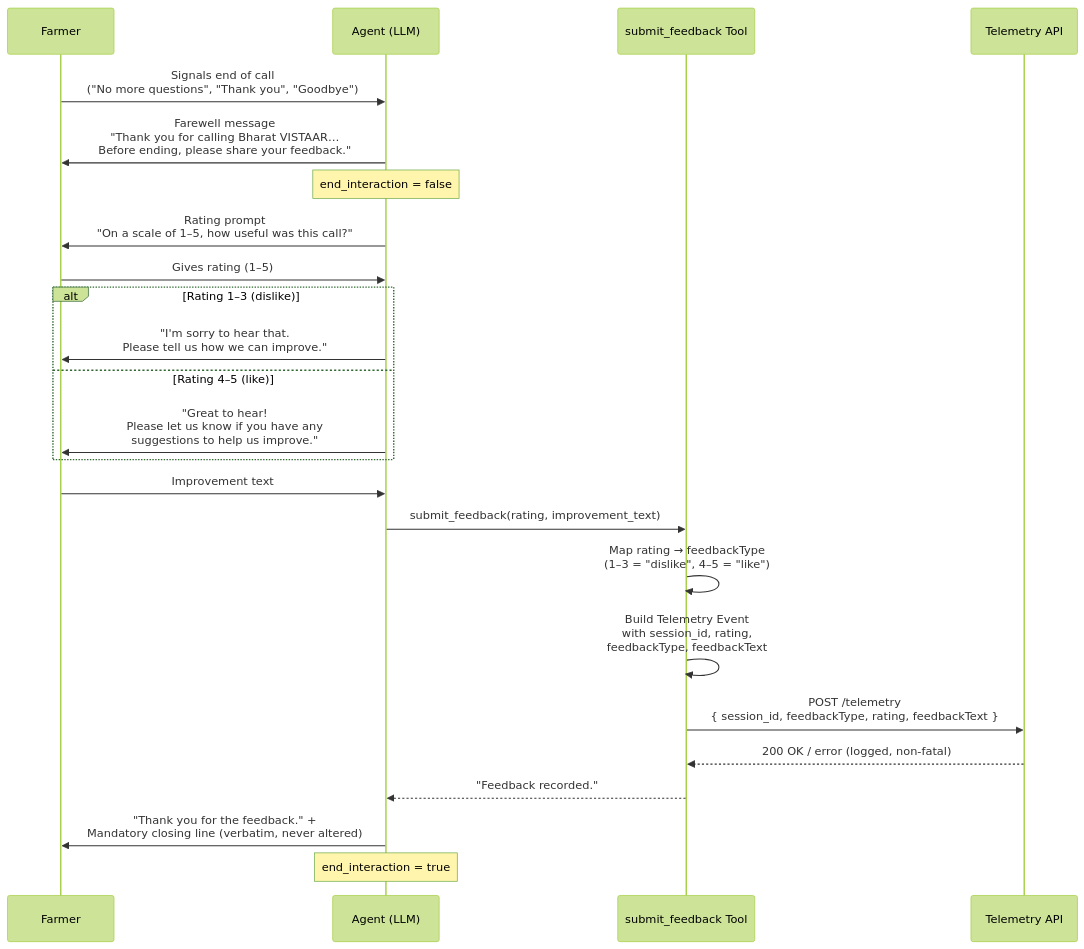
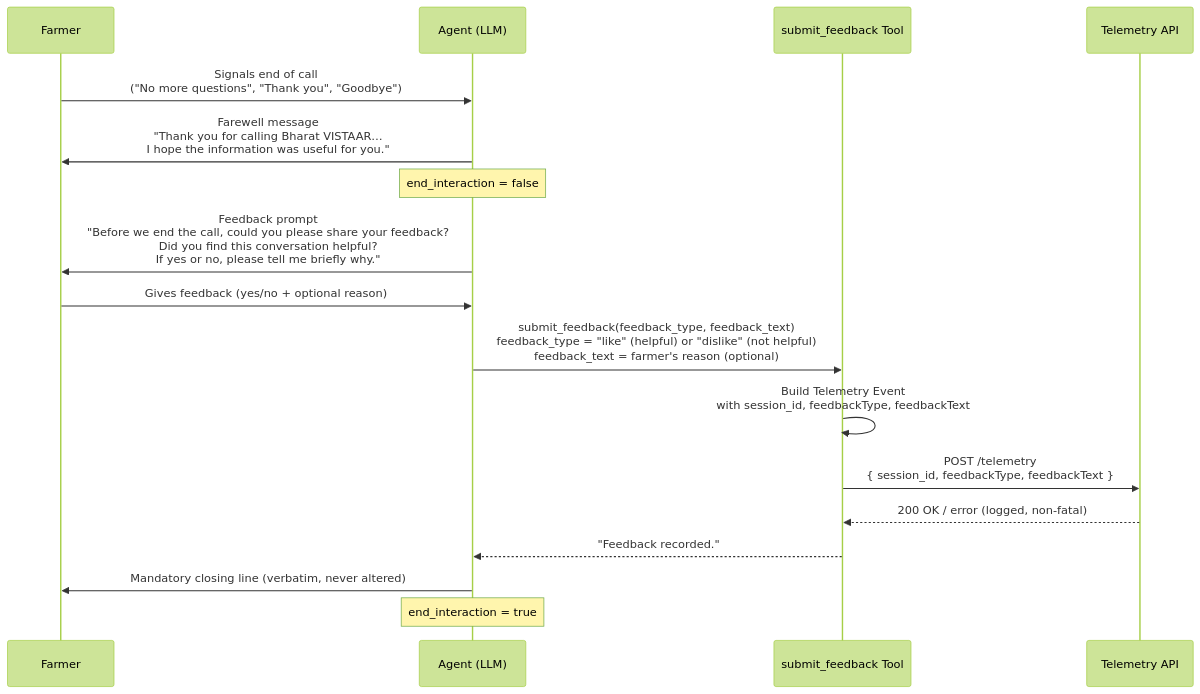
The diagram in docs/FEEDBACK_FLOW.md (OpenAgriNet/voice-oan-api), drawn with Mermaid (forest theme) before and after one commit.

Commit message:
Refactor feedback flow to replace numeric ratings with qualitative feedback prompts. Updated farewell and feedback messages for clarity, ensuring users can provide insights on call usefulness and suggestions for improvement.

````diff
--- a/docs/FEEDBACK_FLOW.md
+++ b/docs/FEEDBACK_FLOW.md
@@ -3,32 +3,23 @@
 ```mermaid
 sequenceDiagram
     participant Farmer
     participant Agent (LLM)
     participant submit_feedback Tool
     participant Telemetry API
 
     Farmer->>Agent (LLM): Signals end of call<br/>("No more questions", "Thank you", "Goodbye")
-    Agent (LLM)->>Farmer: Farewell message<br/>"Thank you for calling Bharat VISTAAR…<br/>Before ending, please share your feedback."
+    Agent (LLM)->>Farmer: Farewell message<br/>"Thank you for calling Bharat VISTAAR…<br/>I hope the information was useful for you."
     Note over Agent (LLM): end_interaction = false
 
-    Agent (LLM)->>Farmer: Rating prompt<br/>"On a scale of 1–5, how useful was this call?"
-    Farmer->>Agent (LLM): Gives rating (1–5)
+    Agent (LLM)->>Farmer: Feedback prompt<br/>"Before we end the call, could you please share your feedback?<br/>Did you find this conversation helpful?<br/>If yes or no, please tell me briefly why."
+    Farmer->>Agent (LLM): Gives feedback (yes/no + optional reason)
 
-    alt Rating 1–3 (dislike)
-        Agent (LLM)->>Farmer: "I'm sorry to hear that.<br/>Please tell us how we can improve."
-    else Rating 4–5 (like)
-        Agent (LLM)->>Farmer: "Great to hear!<br/>Please let us know if you have any<br/>suggestions to help us improve."
-    end
-
-    Farmer->>Agent (LLM): Improvement text
-
-    Agent (LLM)->>submit_feedback Tool: submit_feedback(rating, improvement_text)
-    submit_feedback Tool->>submit_feedback Tool: Map rating → feedbackType<br/>(1–3 = "dislike", 4–5 = "like")
-    submit_feedback Tool->>submit_feedback Tool: Build Telemetry Event<br/>with session_id, rating,<br/>feedbackType, feedbackText
-    submit_feedback Tool->>Telemetry API: POST /telemetry<br/>{ session_id, feedbackType, rating, feedbackText }
+    Agent (LLM)->>submit_feedback Tool: submit_feedback(feedback_type, feedback_text)<br/>feedback_type = "like" (helpful) or "dislike" (not helpful)<br/>feedback_text = farmer's reason (optional)
+    submit_feedback Tool->>submit_feedback Tool: Build Telemetry Event<br/>with session_id, feedbackType, feedbackText
+    submit_feedback Tool->>Telemetry API: POST /telemetry<br/>{ session_id, feedbackType, feedbackText }
     Telemetry API-->>submit_feedback Tool: 200 OK / error (logged, non-fatal)
     submit_feedback Tool-->>Agent (LLM): "Feedback recorded."
 
-    Agent (LLM)->>Farmer: "Thank you for the feedback." +<br/>Mandatory closing line (verbatim, never altered)
+    Agent (LLM)->>Farmer: Mandatory closing line (verbatim, never altered)
     Note over Agent (LLM): end_interaction = true
 ```
````
